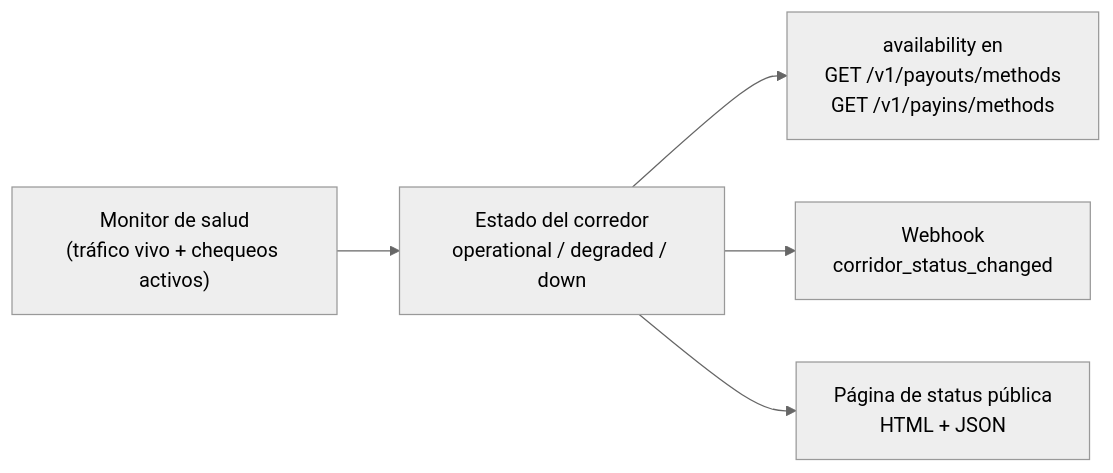
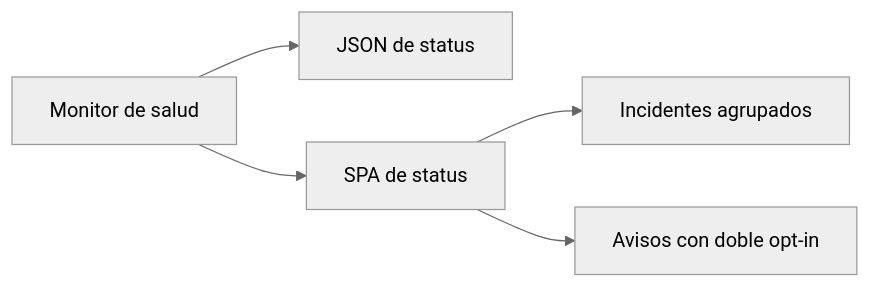
Before and after one commit to CBpayapp/cbpay-docs: the diagram in es/service-status.mdx, drawn with Mermaid (neutral theme). The commit also changed other lines of this file and 26 other files, not shown here.

````diff
--- a/es/service-status.mdx
+++ b/es/service-status.mdx
@@ -26,7 +17,7 @@
 ```mermaid
 flowchart LR
-    monitor["Monitor de salud<br/>(tráfico vivo + chequeos activos)"] --> state["Estado del corredor<br/>operational / degraded / down"]
-    state --> catalog["availability en<br/>GET /v1/payouts/methods<br/>GET /v1/payins/methods"]
-    state --> hook["Webhook<br/>corridor_status_changed"]
-    state --> page["Página de status pública<br/>HTML + JSON"]
+    monitor["Monitor de salud"] --> api["JSON de status"]
+    monitor --> page["SPA de status"]
+    page --> incidents["Incidentes agrupados"]
+    page --> alerts["Avisos con doble opt-in"]
 ```
````
